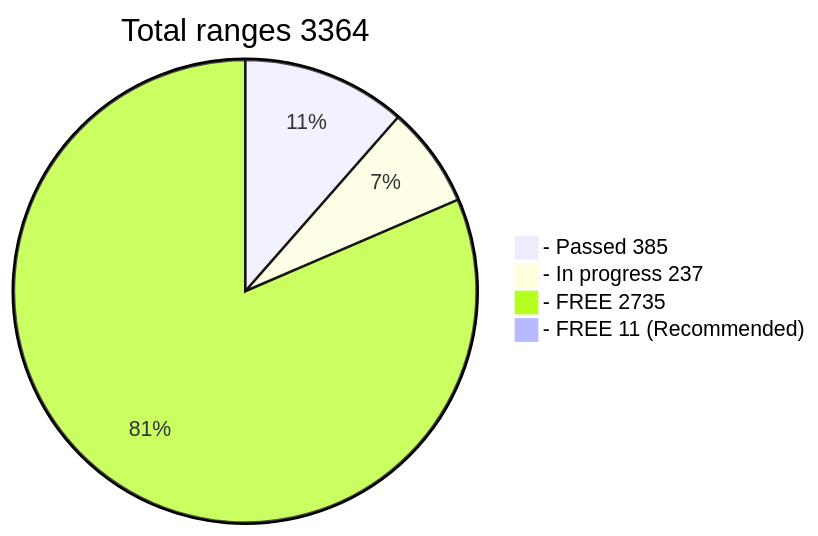
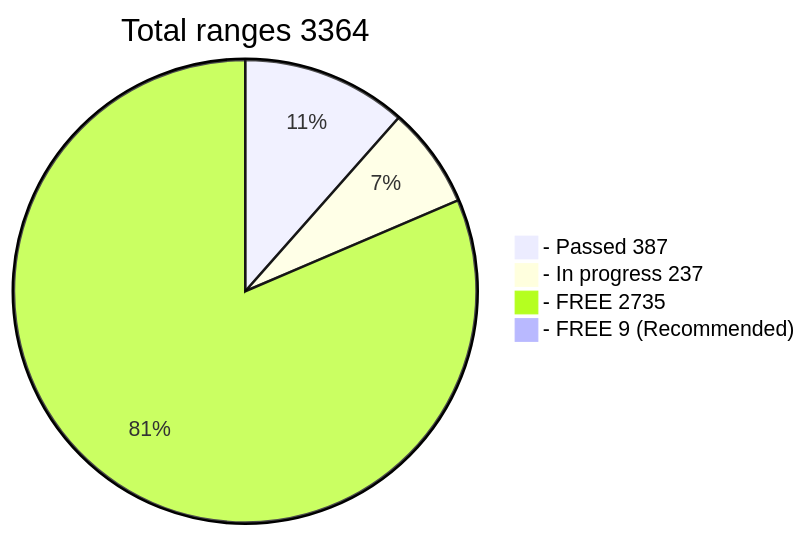
Before and after one commit to phrutis/wif500: the diagram in README.md, drawn with Mermaid.

````diff
--- a/README.md
+++ b/README.md
@@ -16,7 +16,7 @@
 ```mermaid
 pie title Total ranges 3364
-  "- Passed 385" : 385
+  "- Passed 387" : 387
   "- In progress 237" : 237
   "- FREE 2735" : 2735
-  "- FREE 11 (Recommended)" : 11
+  "- FREE 9 (Recommended)" : 9
 ```
````
